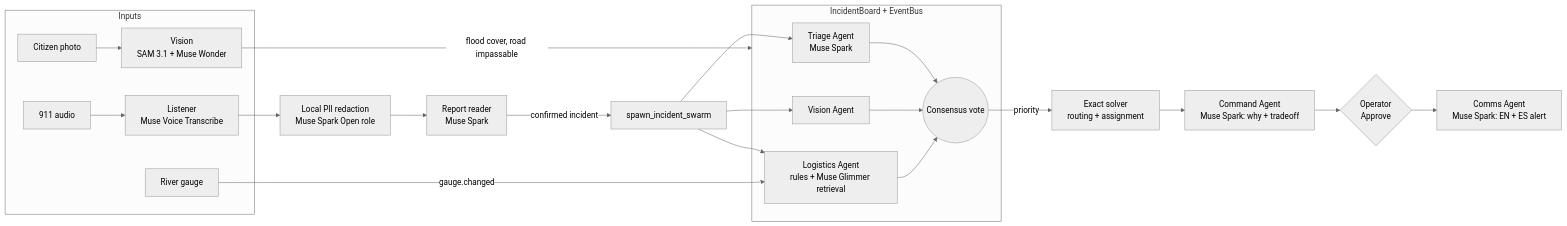
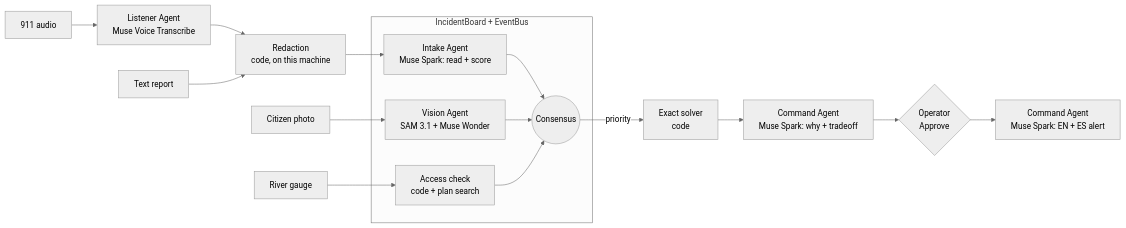
The diagram in README.md (JulianChaoul16/Swarm_Crisis_Command), drawn with Mermaid (neutral theme) before and after one commit. The commit also changed other lines of this file and 29 other files, not shown here.

First line of the commit message:
Four agents: Listener, Intake, Vision, Command

````diff
--- a/README.md
+++ b/README.md
@@ -48,26 +49,18 @@
 ```mermaid
 flowchart LR
-  subgraph Inputs
-    A[911 audio] --> L[Listener<br/>Muse Voice Transcribe]
-    P[Citizen photo] --> V1[Vision<br/>SAM 3.1 + Muse Wonder]
-    G[River gauge]
+  A[911 audio] --> L[Listener Agent<br/>Muse Voice Transcribe]
+  L --> R[Redaction<br/>code, on this machine]
+  T0[Text report] --> R
+  R --> I[Intake Agent<br/>Muse Spark: read + score]
+  P[Citizen photo] --> V[Vision Agent<br/>SAM 3.1 + Muse Wonder]
+  G[River gauge] --> AC
+  subgraph Board[IncidentBoard + EventBus]
+    I --> C((Consensus))
+    V --> C
+    AC[Access check<br/>code + plan search] --> C
   end
-  L --> R[Local PII redaction<br/>Muse Spark Open role] --> X[Report reader<br/>Muse Spark]
-  X -->|confirmed incident| S[spawn_incident_swarm]
-  subgraph Board[IncidentBoard + EventBus]
-    T[Triage Agent<br/>Muse Spark]
-    VA[Vision Agent]
-    LA[Logistics Agent<br/>rules + Muse Glimmer retrieval]
-    C((Consensus vote))
-    T --> C
-    VA --> C
-    LA --> C
-  end
-  S --> T & VA & LA
-  V1 -->|flood cover, road impassable| Board
-  G -->|gauge.changed| LA
-  C -->|priority| O[Exact solver<br/>routing + assignment]
+  C -->|priority| O[Exact solver<br/>code]
   O --> K[Command Agent<br/>Muse Spark: why + tradeoff]
   K --> H{Operator<br/>Approve}
-  H --> M[Comms Agent<br/>Muse Spark: EN + ES alert]
+  H --> M[Command Agent<br/>Muse Spark: EN + ES alert]
 ```
````
